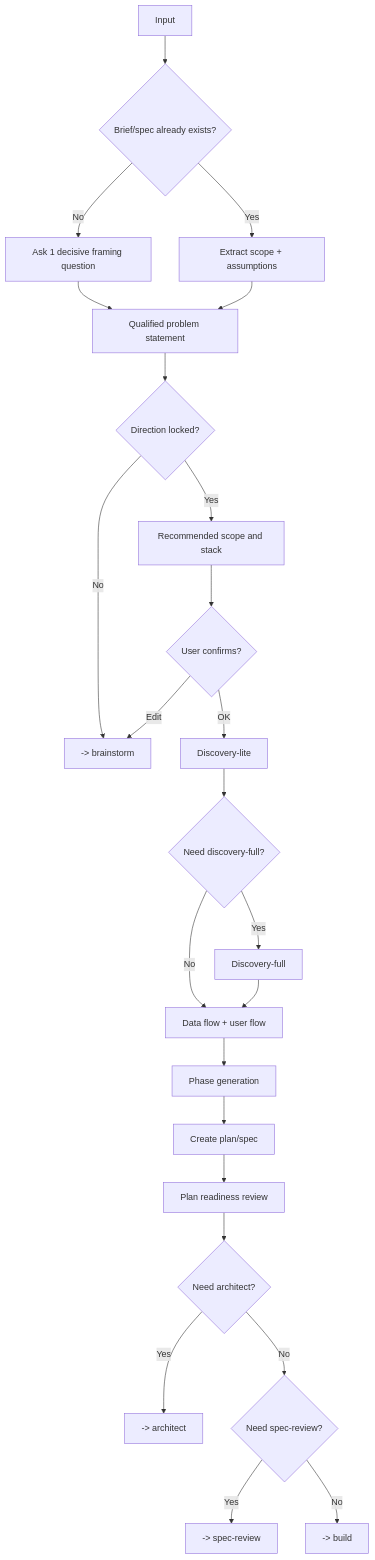
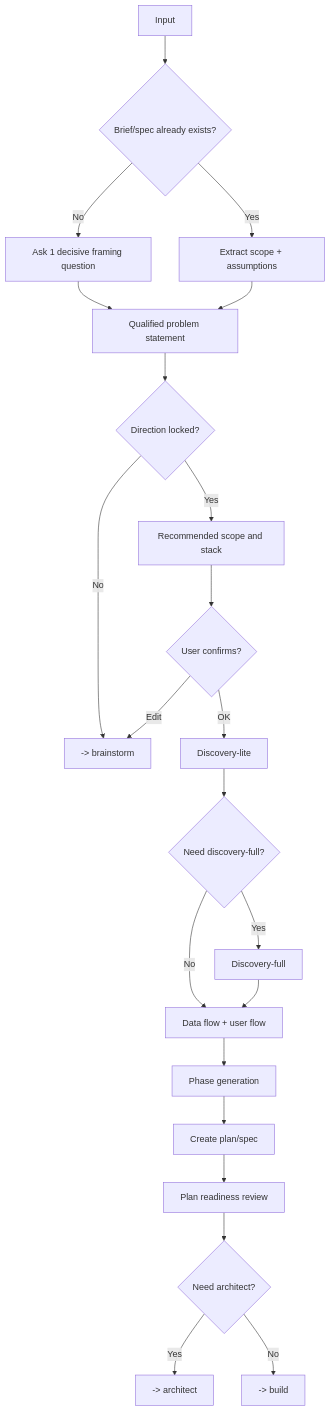
The diagram in packages/forge-core/workflows/design/plan.md (nguyenphat57/forge), drawn with Mermaid before and after one commit. The commit also changed other lines of this file and 50 other files, not shown here.

````diff
--- a/packages/forge-core/workflows/design/plan.md
+++ b/packages/forge-core/workflows/design/plan.md
@@ -43,26 +42,24 @@
 ```mermaid
 flowchart TD
     A[Input] --> B{Brief/spec already exists?}
     B -->|Yes| C[Extract scope + assumptions]
     B -->|No| D[Ask 1 decisive framing question]
     D --> E[Qualified problem statement]
     C --> E
     E --> F{Direction locked?}
     F -->|No| G[-> brainstorm]
     F -->|Yes| H[Recommended scope and stack]
     H --> I{User confirms?}
     I -->|Edit| G
     I -->|OK| J[Discovery-lite]
     J --> K{Need discovery-full?}
     K -->|Yes| L[Discovery-full]
     K -->|No| M[Data flow + user flow]
     L --> M
     M --> N[Phase generation]
     N --> O[Create plan/spec]
     O --> P[Plan readiness review]
     P --> Q{Need architect?}
     Q -->|Yes| R[-> architect]
-    Q -->|No| S{Need spec-review?}
-    S -->|Yes| T[-> spec-review]
-    S -->|No| U[-> build]
+    Q -->|No| U[-> build]
 ```
````
